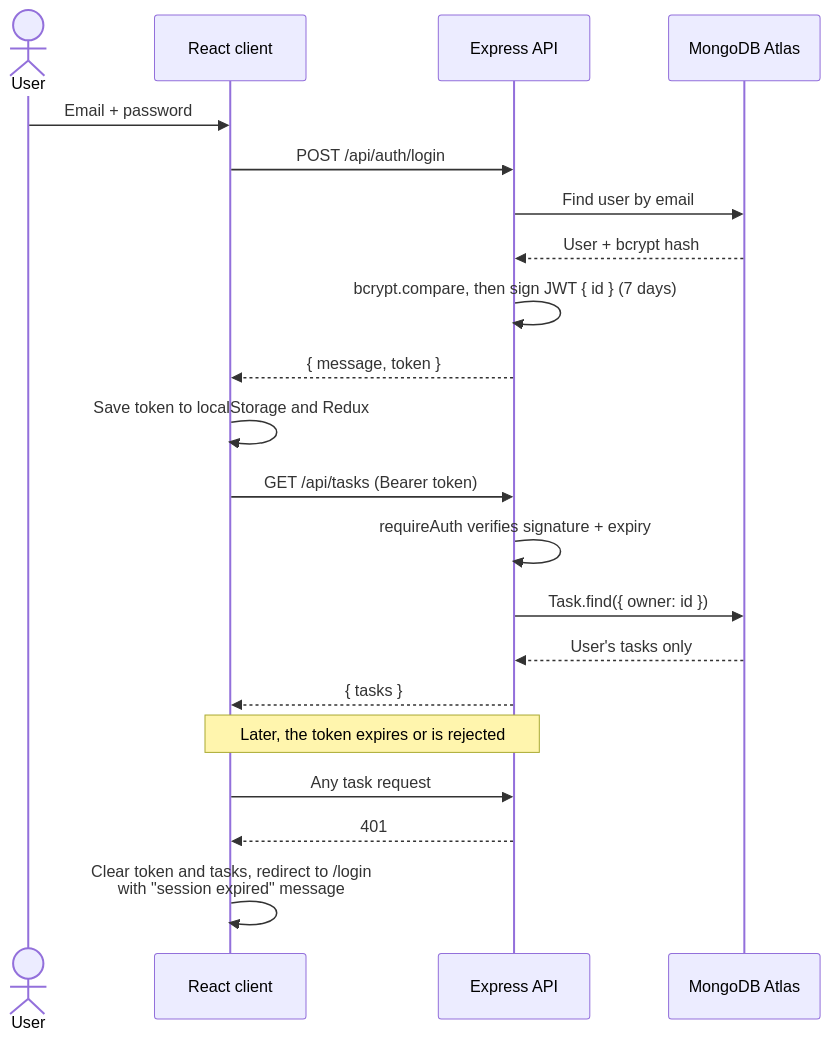
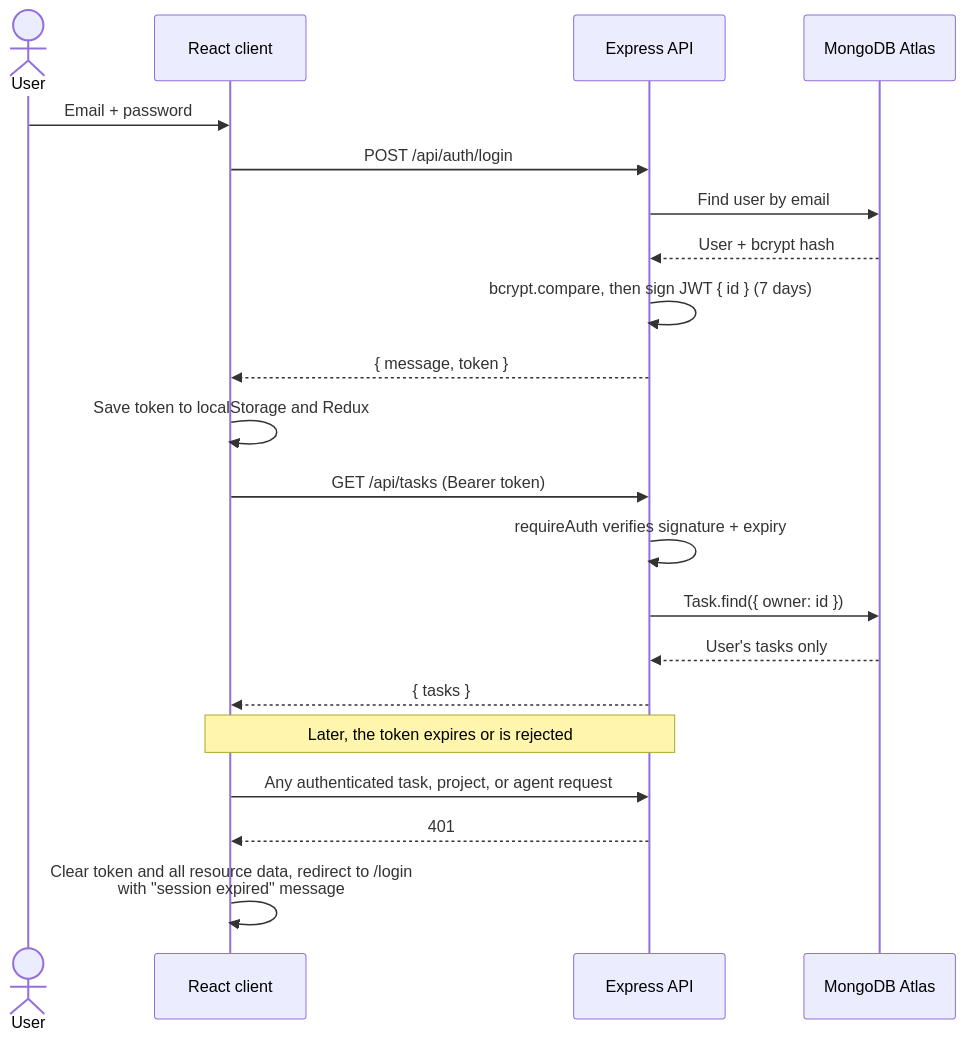
The third of 5 diagrams in docs/architecture.md (WasteOfADrumBum/TaskForge), drawn with Mermaid before and after one commit. The commit also changed other lines of this file and 9 other files, not shown here.

````diff
--- a/docs/architecture.md
+++ b/docs/architecture.md
@@ -107,26 +107,26 @@
 ```mermaid
 sequenceDiagram
     actor U as User
     participant C as React client
     participant A as Express API
     participant D as MongoDB Atlas
 
     U->>C: Email + password
     C->>A: POST /api/auth/login
     A->>D: Find user by email
     D-->>A: User + bcrypt hash
     A->>A: bcrypt.compare, then sign JWT { id } (7 days)
     A-->>C: { message, token }
     C->>C: Save token to localStorage and Redux
 
     C->>A: GET /api/tasks (Bearer token)
     A->>A: requireAuth verifies signature + expiry
     A->>D: Task.find({ owner: id })
     D-->>A: User's tasks only
     A-->>C: { tasks }
 
     Note over C,A: Later, the token expires or is rejected
-    C->>A: Any task request
+    C->>A: Any authenticated task, project, or agent request
     A-->>C: 401
-    C->>C: Clear token and tasks, redirect to /login<br/>with "session expired" message
+    C->>C: Clear token and all resource data, redirect to /login<br/>with "session expired" message
 ```
````
